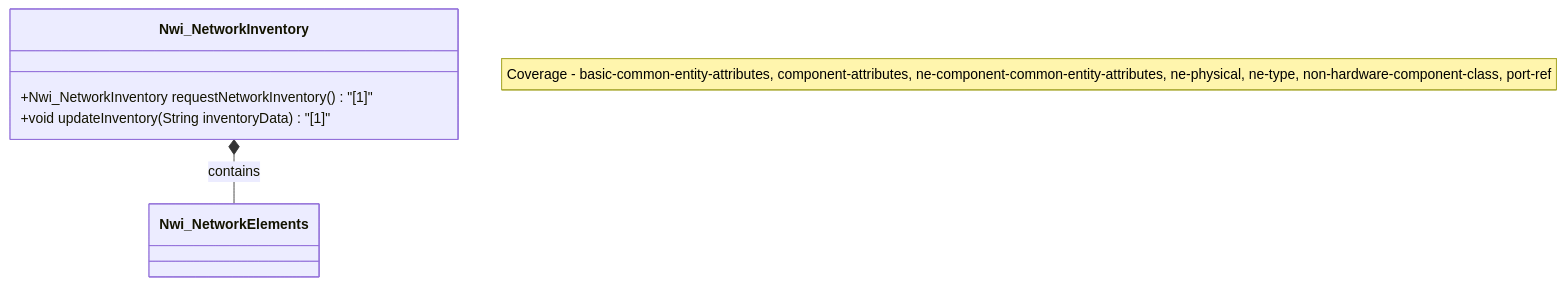
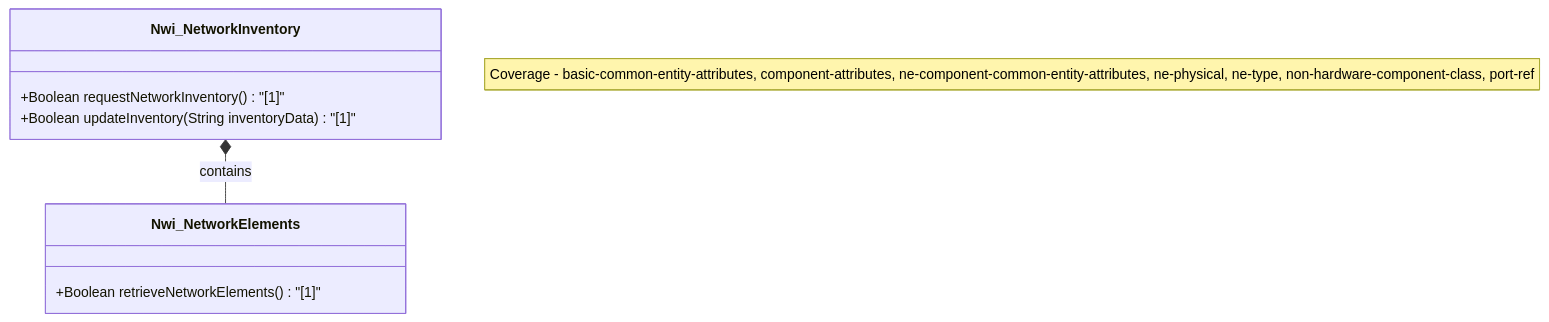
One commit to gintatkinson/3dgs-032 changed the diagram in docs/features/feat-14-network-inventory.md. Above: the diagram before and after it, drawn with Mermaid. The commit also changed 11 other files, not shown here.

Commit message:
Fix UML method multiplicity, resolve ordinal conflicts, update real matrix

````diff
--- a/docs/features/feat-14-network-inventory.md
+++ b/docs/features/feat-14-network-inventory.md
@@ -22,10 +22,12 @@
 ```mermaid
 classDiagram
     note "Coverage - basic-common-entity-attributes, component-attributes, ne-component-common-entity-attributes, ne-physical, ne-type, non-hardware-component-class, port-ref"
     class Nwi_NetworkInventory {
-        +Nwi_NetworkInventory requestNetworkInventory() "[1]"
-        +void updateInventory(String inventoryData) "[1]"
+        +Boolean requestNetworkInventory() "[1]"
+        +Boolean updateInventory(String inventoryData) "[1]"
     }
-    class Nwi_NetworkElements
+    class Nwi_NetworkElements {
+        +Boolean retrieveNetworkElements() "[1]"
+    }
     Nwi_NetworkInventory *-- Nwi_NetworkElements : contains
 ```
````
